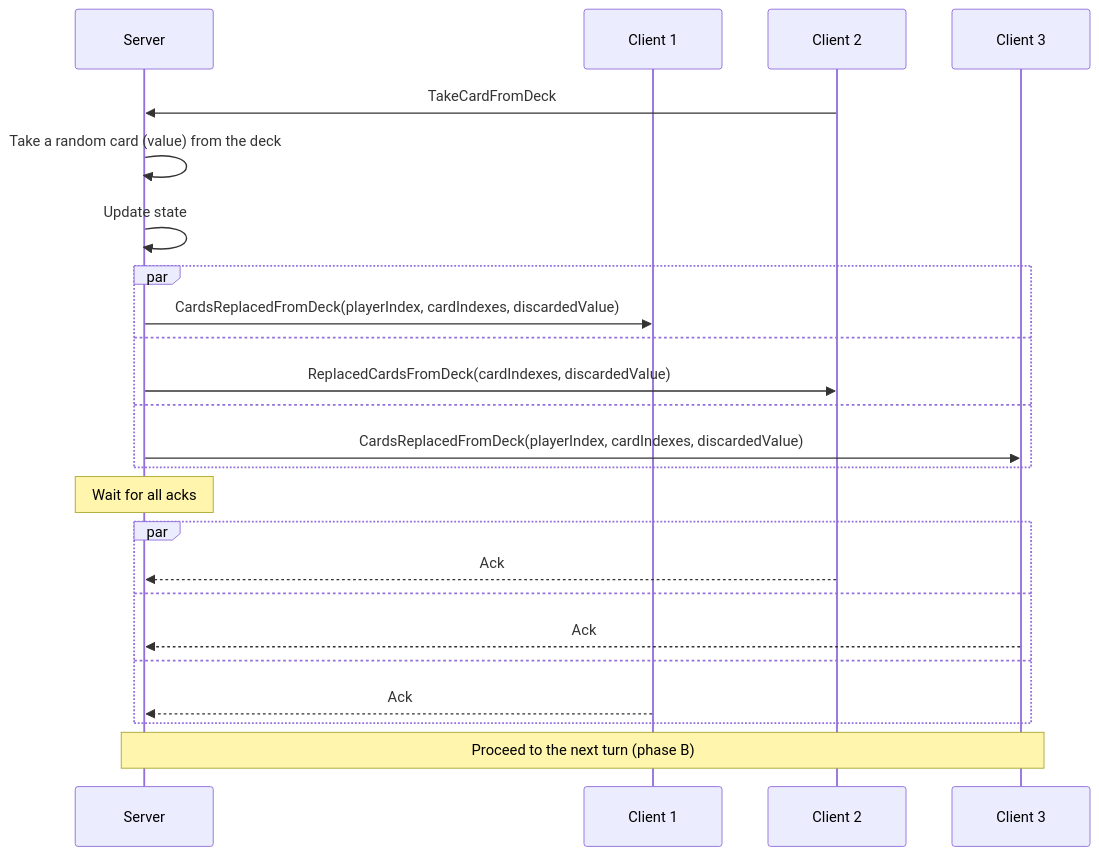
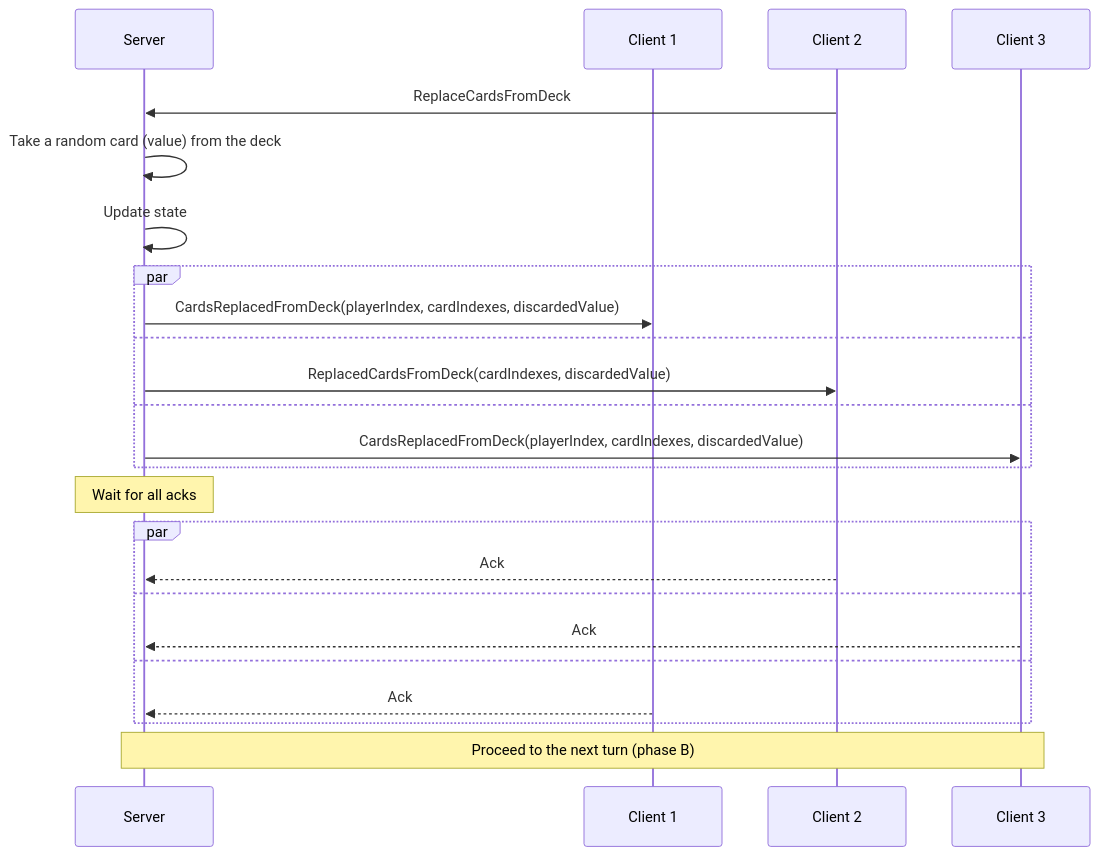
Diagram 14 of 17 in README.md (roman-zubarevich/another), drawn with Mermaid before and after one commit. The commit also changed other lines of this file, not shown here.

````diff
--- a/README.md
+++ b/README.md
@@ -440,26 +440,26 @@
 ```mermaid
 sequenceDiagram
     participant S as Server
     participant C1 as Client 1
     participant C2 as Client 2
     participant C3 as Client 3
-    C2->>S: TakeCardFromDeck
+    C2->>S: ReplaceCardsFromDeck
     S->>S: Take a random card (value) from the deck
     S->>S: Update state
     par
         S->>C1: CardsReplacedFromDeck(playerIndex, cardIndexes, discardedValue)
     and
         S->>C2: ReplacedCardsFromDeck(cardIndexes, discardedValue)
     and
         S->>C3: CardsReplacedFromDeck(playerIndex, cardIndexes, discardedValue)
     end
     Note over S: Wait for all acks
     par
         C2-->>S: Ack
     and
         C3-->>S: Ack
     and
         C1-->>S: Ack
     end
     Note over S,C3: Proceed to the next turn (phase B)
 ```
````
